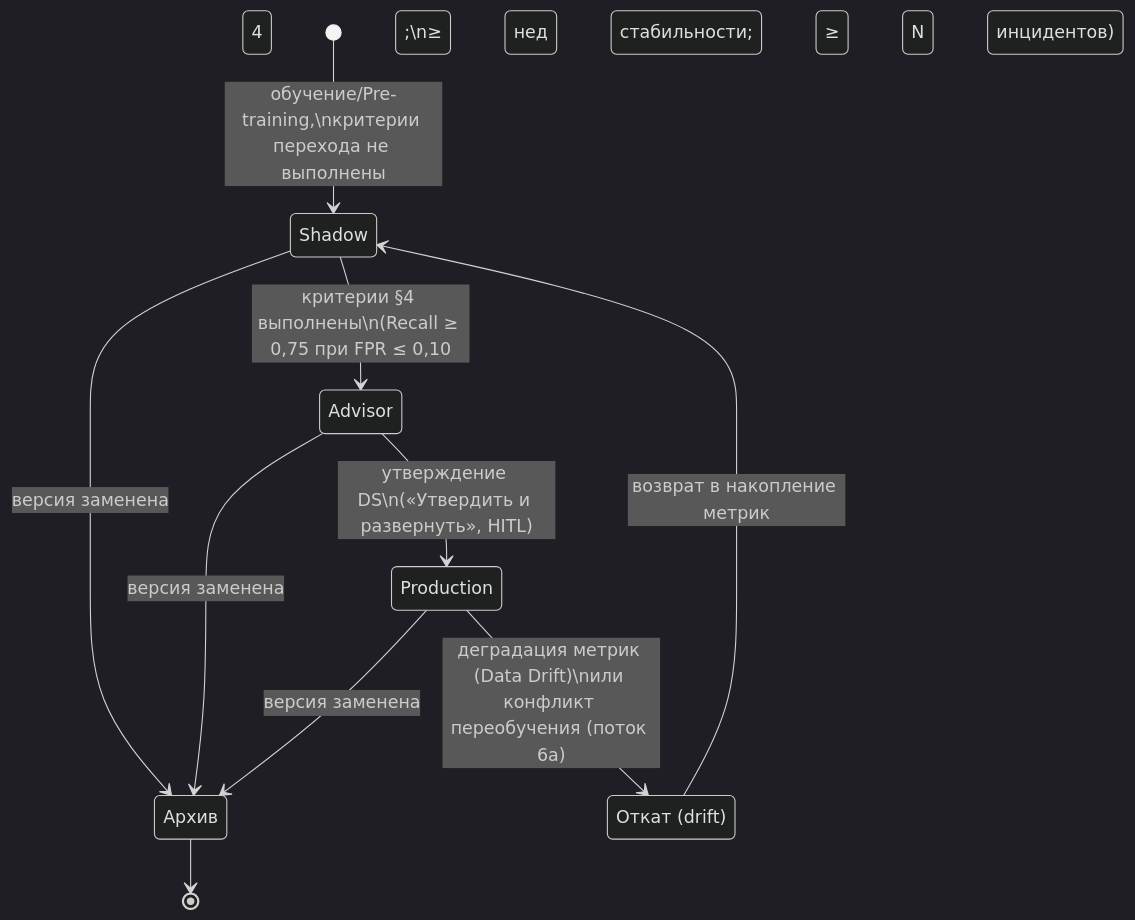
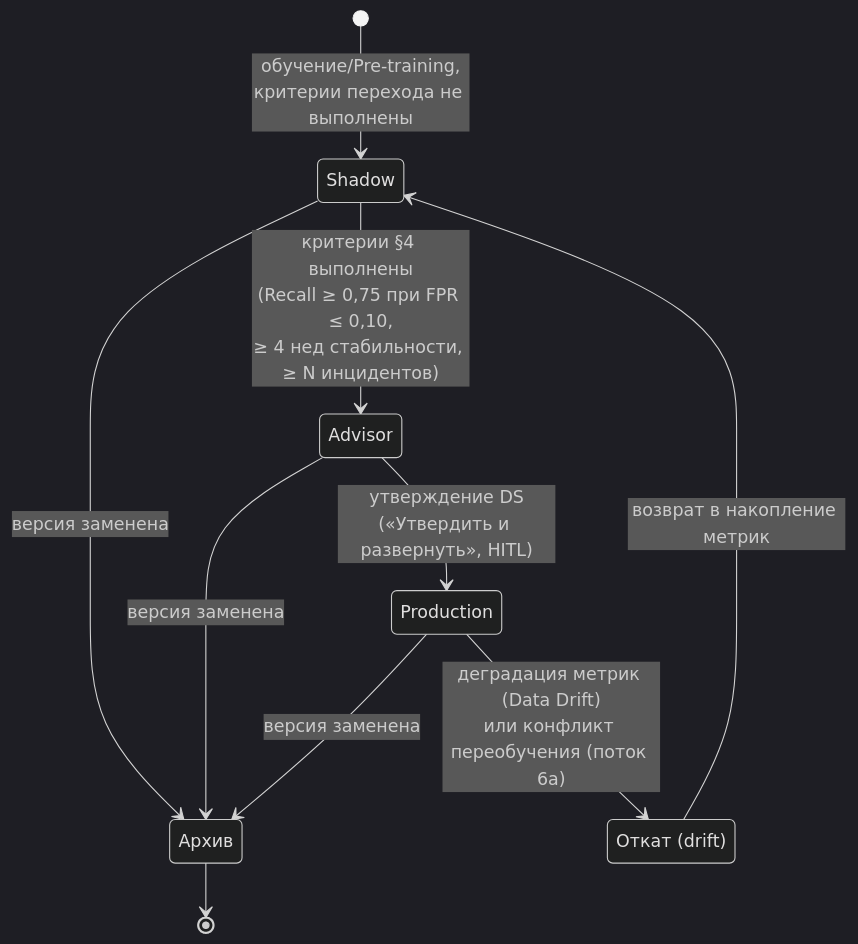
Before and after one commit to igorvolk1961/water_checker: the third of 4 diagrams in docs/system_analysis/diagrams/state_model_and_batch.md, drawn with Mermaid (dark theme). The commit also changed other lines of this file and 4 other files, not shown here.

Commit message:
Fix mermaid parse error: remove semicolons in labels and use <br/> instead of literal backslash-n

````diff
--- a/docs/system_analysis/diagrams/state_model_and_batch.md
+++ b/docs/system_analysis/diagrams/state_model_and_batch.md
@@ -38,17 +38,17 @@
 ```mermaid
 stateDiagram-v2
     state "Shadow" as M1
     state "Advisor" as M2
     state "Production" as M3
     state "Архив" as M4
     state "Откат (drift)" as M5
-    [*] --> M1 : обучение/Pre-training,\nкритерии перехода не выполнены
-    M1 --> M2 : критерии §4 выполнены\n(Recall ≥ 0,75 при FPR ≤ 0,10;\n≥ 4 нед стабильности; ≥ N инцидентов)
-    M2 --> M3 : утверждение DS\n(«Утвердить и развернуть», HITL)
-    M3 --> M5 : деградация метрик (Data Drift)\nили конфликт переобучения (поток 6а)
+    [*] --> M1 : обучение/Pre-training,<br/>критерии перехода не выполнены
+    M1 --> M2 : критерии §4 выполнены<br/>(Recall ≥ 0,75 при FPR ≤ 0,10,<br/>≥ 4 нед стабильности, ≥ N инцидентов)
+    M2 --> M3 : утверждение DS<br/>(«Утвердить и развернуть», HITL)
+    M3 --> M5 : деградация метрик (Data Drift)<br/>или конфликт переобучения (поток 6а)
     M5 --> M1 : возврат в накопление метрик
     M1 --> M4 : версия заменена
     M2 --> M4 : версия заменена
     M3 --> M4 : версия заменена
     M4 --> [*]
 ```
````
